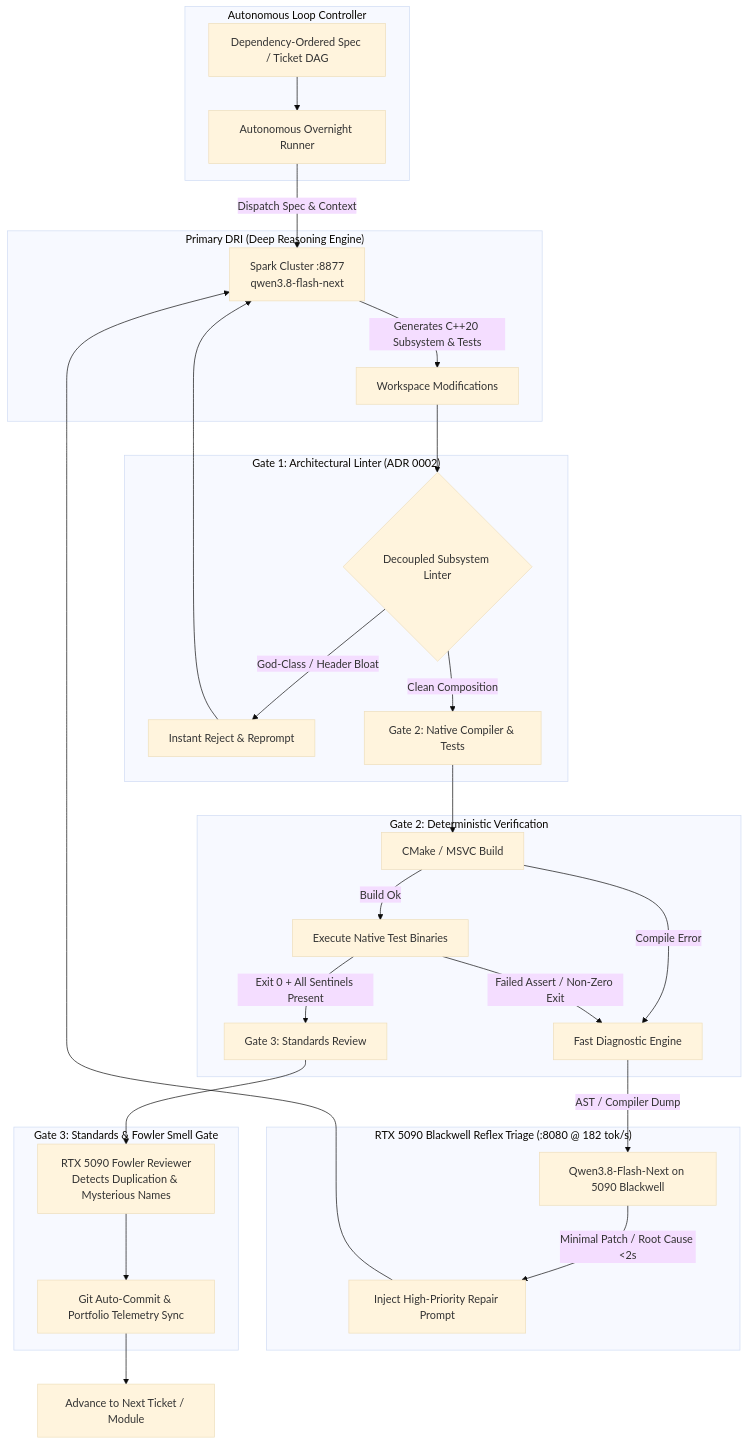
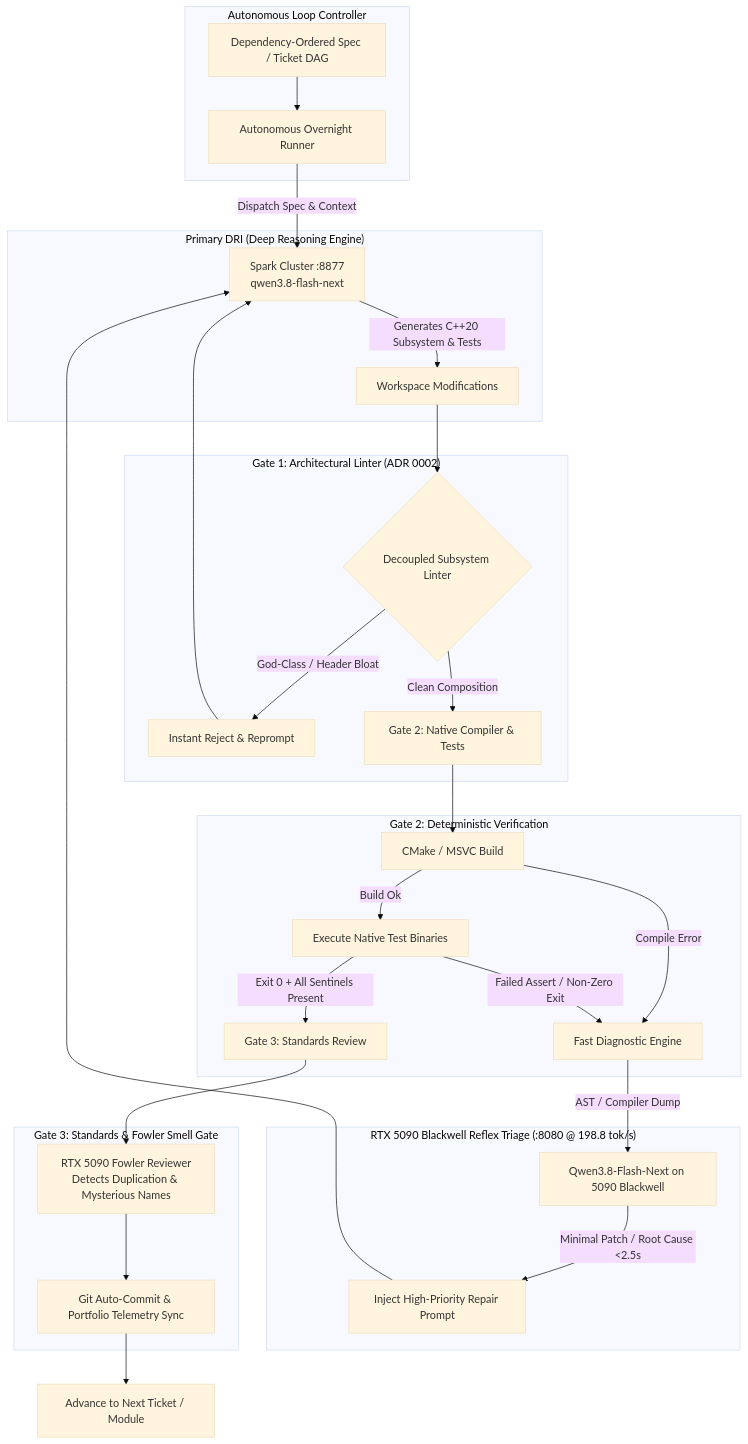
The first of 3 diagrams in README.md (Perry5216/autonomous-ai-engineering-harness), drawn with Mermaid (base theme) before and after one commit. The commit also changed other lines of this file and 2 other files, not shown here.

Commit message:
docs(architecture): document two-tier token budgeting (2k reflex vs 32k whole-module synthesis) and empirical 198.8 tok/s benchmark

````diff
--- a/README.md
+++ b/README.md
@@ -39,39 +39,39 @@
 ```mermaid
 flowchart TD
     subgraph Orchestration ["Autonomous Loop Controller"]
         Ticket[Dependency-Ordered Spec / Ticket DAG] --> Runner[Autonomous Overnight Runner]
     end
 
     subgraph Generation ["Primary DRI (Deep Reasoning Engine)"]
         Runner -->|Dispatch Spec & Context| Spark[Spark Cluster :8877\nqwen3.8-flash-next]
         Spark -->|Generates C++20 Subsystem & Tests| Diff[Workspace Modifications]
     end
 
     subgraph ArchitecturalGuard ["Gate 1: Architectural Linter (ADR 0002)"]
         Diff --> Linter{Decoupled Subsystem Linter}
         Linter -->|God-Class / Header Bloat| Reject1[Instant Reject & Reprompt]
         Reject1 --> Spark
         Linter -->|Clean Composition| Gate2[Gate 2: Native Compiler & Tests]
     end
 
     subgraph CompilerGate ["Gate 2: Deterministic Verification"]
         Gate2 --> MSVC[CMake / MSVC Build]
         MSVC -->|Compile Error| Triage
         MSVC -->|Build Ok| TestExe[Execute Native Test Binaries]
         TestExe -->|Failed Assert / Non-Zero Exit| Triage
         TestExe -->|Exit 0 + All Sentinels Present| Gate3[Gate 3: Standards Review]
     end
 
-    subgraph ReflexEngine ["RTX 5090 Blackwell Reflex Triage (:8080 @ 182 tok/s)"]
+    subgraph ReflexEngine ["RTX 5090 Blackwell Reflex Triage (:8080 @ 198.8 tok/s)"]
         Triage[Fast Diagnostic Engine] -->|AST / Compiler Dump| Model5090[Qwen3.8-Flash-Next on 5090 Blackwell]
-        Model5090 -->|Minimal Patch / Root Cause <2s| InjectFix[Inject High-Priority Repair Prompt]
+        Model5090 -->|Minimal Patch / Root Cause <2.5s| InjectFix[Inject High-Priority Repair Prompt]
         InjectFix --> Spark
     end
 
     subgraph StandardsReview ["Gate 3: Standards & Fowler Smell Gate"]
         Gate3 --> SmellCheck[RTX 5090 Fowler Reviewer\nDetects Duplication & Mysterious Names]
         SmellCheck --> Commit[Git Auto-Commit & Portfolio Telemetry Sync]
     end
 
     Commit --> Next[Advance to Next Ticket / Module]
 ```
````
